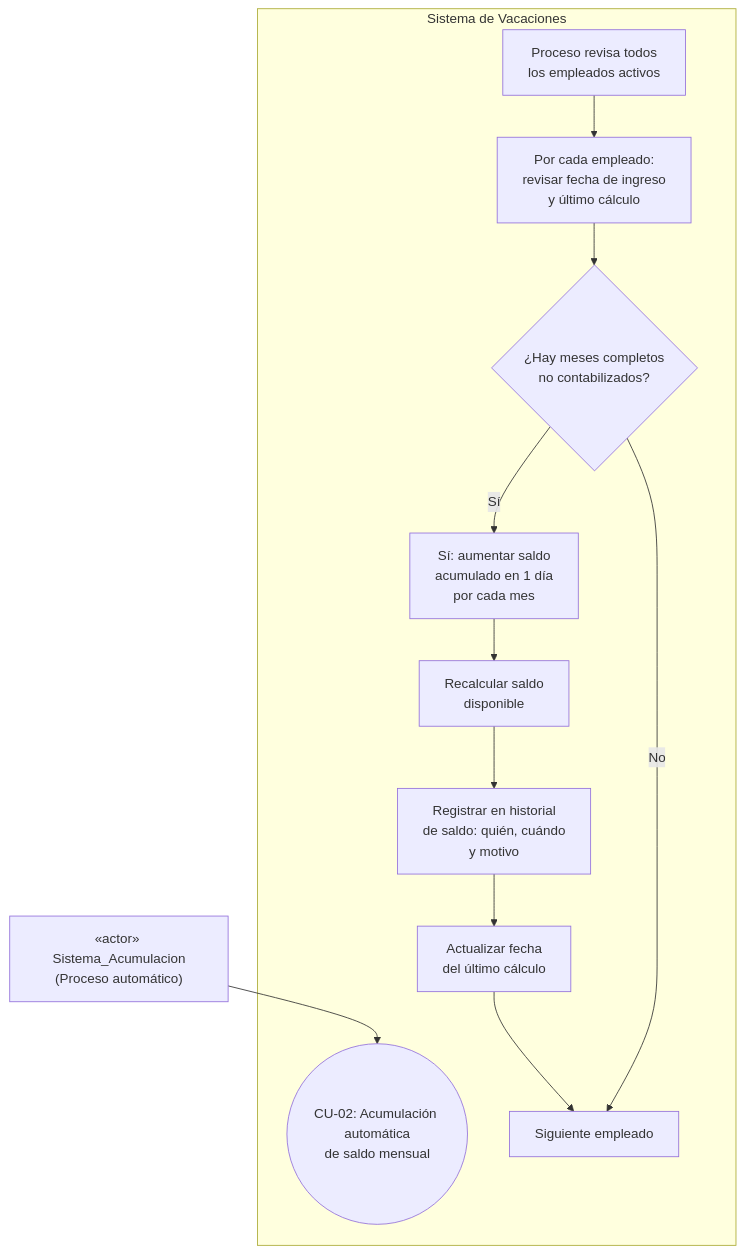
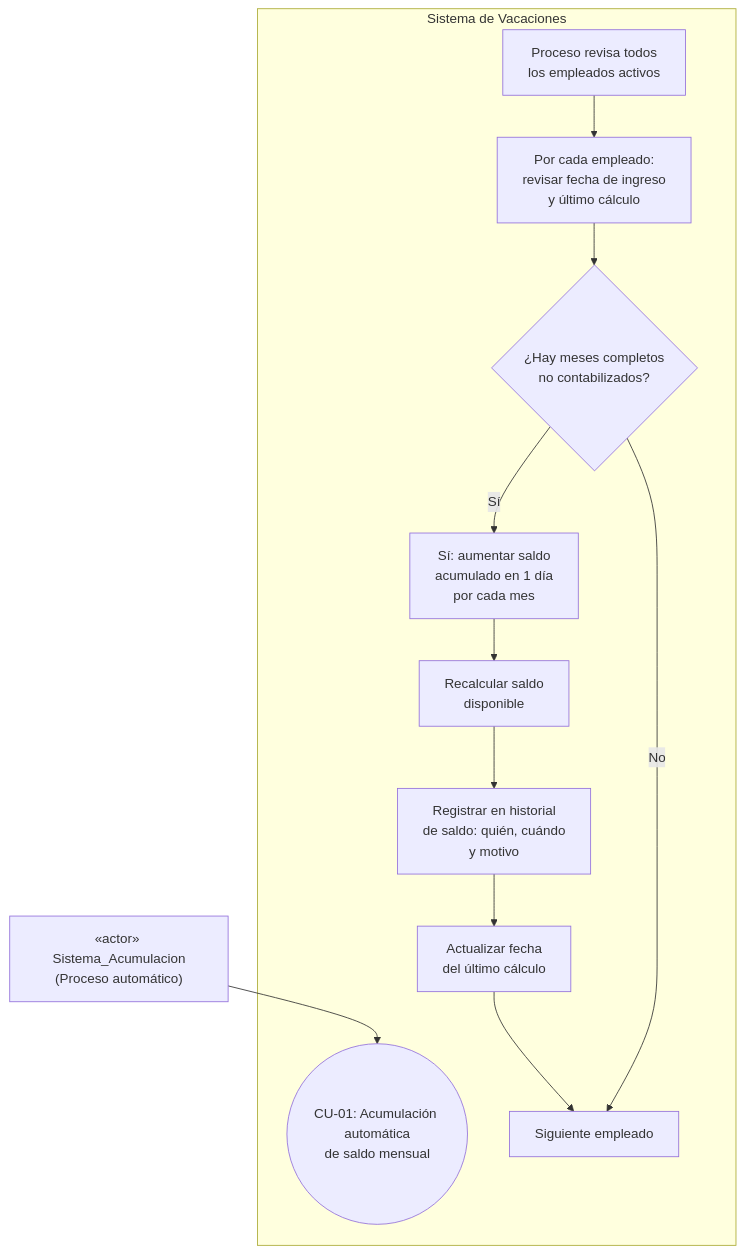
The first of 19 diagrams in docs/use-case-diagrams.md (Oscar26-zs/Solicitud_de_Vacaciones), drawn with Mermaid before and after one commit. The commit also changed other lines of this file and 1 other file, not shown here.

````diff
--- a/docs/use-case-diagrams.md
+++ b/docs/use-case-diagrams.md
@@ -57,19 +36,19 @@
 ```mermaid
 graph TB
     subgraph S["Sistema de Vacaciones"]
-        CU02(("CU-02: Acumulación automática<br/>de saldo mensual"))
+        CU01(("CU-01: Acumulación automática<br/>de saldo mensual"))
         P1[Proceso revisa todos<br/>los empleados activos]
         P2[Por cada empleado:<br/>revisar fecha de ingreso<br/>y último cálculo]
         P3{¿Hay meses completos<br/>no contabilizados?}
         P4[Sí: aumentar saldo<br/>acumulado en 1 día<br/>por cada mes]
         P5[Recalcular saldo<br/>disponible]
         P6[Registrar en historial<br/>de saldo: quién, cuándo<br/>y motivo]
         P7[Actualizar fecha<br/>del último cálculo]
         P8[Siguiente empleado]
 
         P1 --> P2 --> P3
         P3 -->|Sí| P4 --> P5 --> P6 --> P7 --> P8
         P3 -->|No| P8
     end
-    SA["«actor» Sistema_Acumulacion<br/>(Proceso automático)"] --> CU02
+    SA["«actor» Sistema_Acumulacion<br/>(Proceso automático)"] --> CU01
 ```
````
